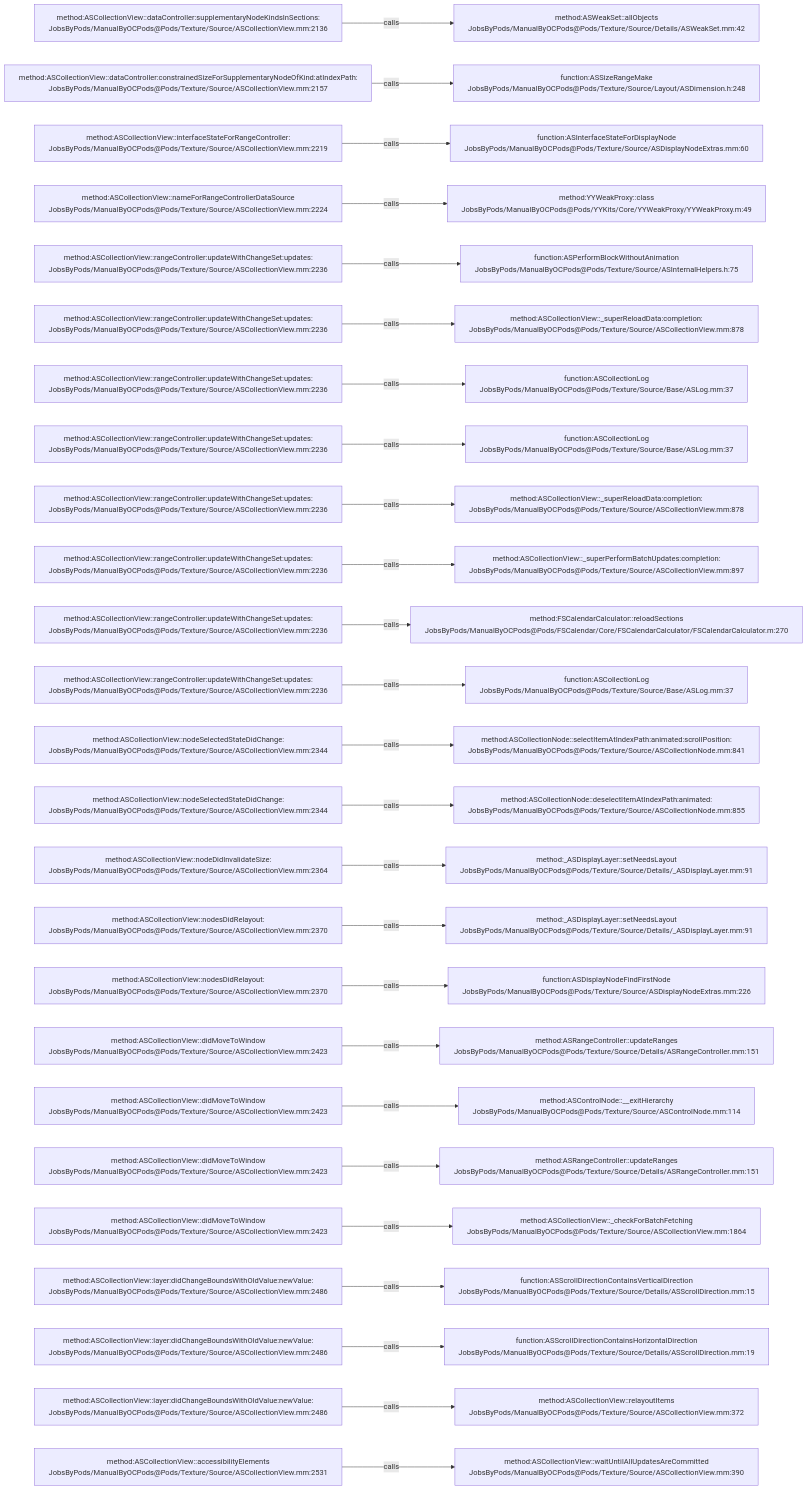
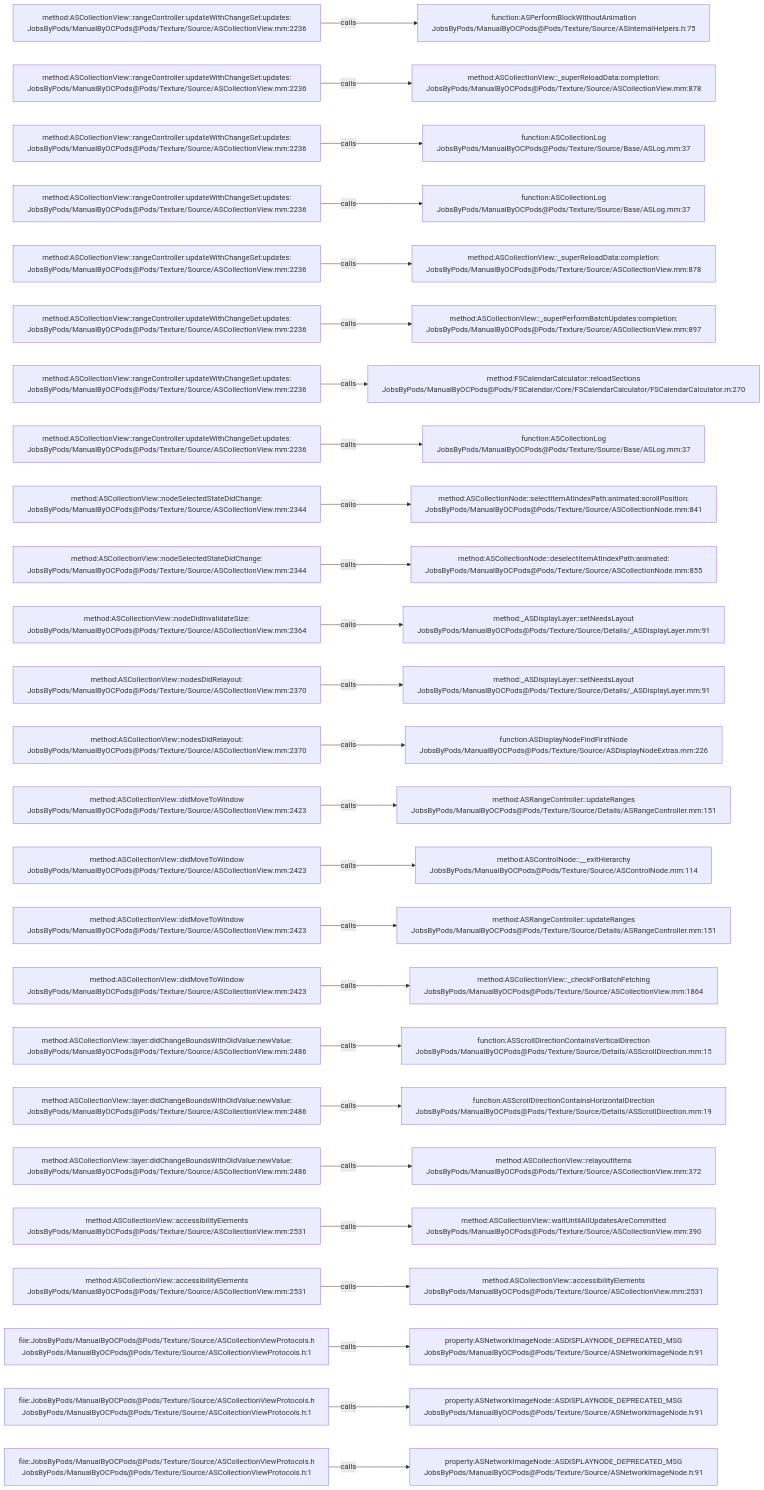
Before and after one commit to JobsKits/JobsOCBaseConfigDemo: the diagram in .codegraph/codegraph.md/graphs/calls-082.md, drawn with Mermaid. The commit also changed 727 other files, not shown here.

````diff
--- a/.codegraph/codegraph.md/graphs/calls-082.md
+++ b/.codegraph/codegraph.md/graphs/calls-082.md
@@ -13,78 +13,78 @@
 ```mermaid
 flowchart LR
-  S1["method:ASCollectionView::dataController:supplementaryNodeKindsInSections:<br/>JobsByPods/ManualByOCPods@Pods/Texture/Source/ASCollectionView.mm:2136"]
-  T1["method:ASWeakSet::allObjects<br/>JobsByPods/ManualByOCPods@Pods/Texture/Source/Details/ASWeakSet.mm:42"]
+  S1["method:ASCollectionView::rangeController:updateWithChangeSet:updates:<br/>JobsByPods/ManualByOCPods@Pods/Texture/Source/ASCollectionView.mm:2236"]
+  T1["function:ASPerformBlockWithoutAnimation<br/>JobsByPods/ManualByOCPods@Pods/Texture/Source/ASInternalHelpers.h:75"]
   S1 -->|calls| T1
-  S2["method:ASCollectionView::dataController:constrainedSizeForSupplementaryNodeOfKind:atIndexPath:<br/>JobsByPods/ManualByOCPods@Pods/Texture/Source/ASCollectionView.mm:2157"]
-  T2["function:ASSizeRangeMake<br/>JobsByPods/ManualByOCPods@Pods/Texture/Source/Layout/ASDimension.h:248"]
+  S2["method:ASCollectionView::rangeController:updateWithChangeSet:updates:<br/>JobsByPods/ManualByOCPods@Pods/Texture/Source/ASCollectionView.mm:2236"]
+  T2["method:ASCollectionView::_superReloadData:completion:<br/>JobsByPods/ManualByOCPods@Pods/Texture/Source/ASCollectionView.mm:878"]
   S2 -->|calls| T2
-  S3["method:ASCollectionView::interfaceStateForRangeController:<br/>JobsByPods/ManualByOCPods@Pods/Texture/Source/ASCollectionView.mm:2219"]
-  T3["function:ASInterfaceStateForDisplayNode<br/>JobsByPods/ManualByOCPods@Pods/Texture/Source/ASDisplayNodeExtras.mm:60"]
+  S3["method:ASCollectionView::rangeController:updateWithChangeSet:updates:<br/>JobsByPods/ManualByOCPods@Pods/Texture/Source/ASCollectionView.mm:2236"]
+  T3["function:ASCollectionLog<br/>JobsByPods/ManualByOCPods@Pods/Texture/Source/Base/ASLog.mm:37"]
   S3 -->|calls| T3
-  S4["method:ASCollectionView::nameForRangeControllerDataSource<br/>JobsByPods/ManualByOCPods@Pods/Texture/Source/ASCollectionView.mm:2224"]
-  T4["method:YYWeakProxy::class<br/>JobsByPods/ManualByOCPods@Pods/YYKits/Core/YYWeakProxy/YYWeakProxy.m:49"]
+  S4["method:ASCollectionView::rangeController:updateWithChangeSet:updates:<br/>JobsByPods/ManualByOCPods@Pods/Texture/Source/ASCollectionView.mm:2236"]
+  T4["function:ASCollectionLog<br/>JobsByPods/ManualByOCPods@Pods/Texture/Source/Base/ASLog.mm:37"]
   S4 -->|calls| T4
   S5["method:ASCollectionView::rangeController:updateWithChangeSet:updates:<br/>JobsByPods/ManualByOCPods@Pods/Texture/Source/ASCollectionView.mm:2236"]
-  T5["function:ASPerformBlockWithoutAnimation<br/>JobsByPods/ManualByOCPods@Pods/Texture/Source/ASInternalHelpers.h:75"]
+  T5["method:ASCollectionView::_superReloadData:completion:<br/>JobsByPods/ManualByOCPods@Pods/Texture/Source/ASCollectionView.mm:878"]
   S5 -->|calls| T5
   S6["method:ASCollectionView::rangeController:updateWithChangeSet:updates:<br/>JobsByPods/ManualByOCPods@Pods/Texture/Source/ASCollectionView.mm:2236"]
-  T6["method:ASCollectionView::_superReloadData:completion:<br/>JobsByPods/ManualByOCPods@Pods/Texture/Source/ASCollectionView.mm:878"]
+  T6["method:ASCollectionView::_superPerformBatchUpdates:completion:<br/>JobsByPods/ManualByOCPods@Pods/Texture/Source/ASCollectionView.mm:897"]
   S6 -->|calls| T6
   S7["method:ASCollectionView::rangeController:updateWithChangeSet:updates:<br/>JobsByPods/ManualByOCPods@Pods/Texture/Source/ASCollectionView.mm:2236"]
-  T7["function:ASCollectionLog<br/>JobsByPods/ManualByOCPods@Pods/Texture/Source/Base/ASLog.mm:37"]
+  T7["method:FSCalendarCalculator::reloadSections<br/>JobsByPods/ManualByOCPods@Pods/FSCalendar/Core/FSCalendarCalculator/FSCalendarCalculator.m:270"]
   S7 -->|calls| T7
   S8["method:ASCollectionView::rangeController:updateWithChangeSet:updates:<br/>JobsByPods/ManualByOCPods@Pods/Texture/Source/ASCollectionView.mm:2236"]
   T8["function:ASCollectionLog<br/>JobsByPods/ManualByOCPods@Pods/Texture/Source/Base/ASLog.mm:37"]
   S8 -->|calls| T8
-  S9["method:ASCollectionView::rangeController:updateWithChangeSet:updates:<br/>JobsByPods/ManualByOCPods@Pods/Texture/Source/ASCollectionView.mm:2236"]
-  T9["method:ASCollectionView::_superReloadData:completion:<br/>JobsByPods/ManualByOCPods@Pods/Texture/Source/ASCollectionView.mm:878"]
+  S9["method:ASCollectionView::nodeSelectedStateDidChange:<br/>JobsByPods/ManualByOCPods@Pods/Texture/Source/ASCollectionView.mm:2344"]
+  T9["method:ASCollectionNode::selectItemAtIndexPath:animated:scrollPosition:<br/>JobsByPods/ManualByOCPods@Pods/Texture/Source/ASCollectionNode.mm:841"]
   S9 -->|calls| T9
-  S10["method:ASCollectionView::rangeController:updateWithChangeSet:updates:<br/>JobsByPods/ManualByOCPods@Pods/Texture/Source/ASCollectionView.mm:2236"]
-  T10["method:ASCollectionView::_superPerformBatchUpdates:completion:<br/>JobsByPods/ManualByOCPods@Pods/Texture/Source/ASCollectionView.mm:897"]
+  S10["method:ASCollectionView::nodeSelectedStateDidChange:<br/>JobsByPods/ManualByOCPods@Pods/Texture/Source/ASCollectionView.mm:2344"]
+  T10["method:ASCollectionNode::deselectItemAtIndexPath:animated:<br/>JobsByPods/ManualByOCPods@Pods/Texture/Source/ASCollectionNode.mm:855"]
   S10 -->|calls| T10
-  S11["method:ASCollectionView::rangeController:updateWithChangeSet:updates:<br/>JobsByPods/ManualByOCPods@Pods/Texture/Source/ASCollectionView.mm:2236"]
-  T11["method:FSCalendarCalculator::reloadSections<br/>JobsByPods/ManualByOCPods@Pods/FSCalendar/Core/FSCalendarCalculator/FSCalendarCalculator.m:270"]
+  S11["method:ASCollectionView::nodeDidInvalidateSize:<br/>JobsByPods/ManualByOCPods@Pods/Texture/Source/ASCollectionView.mm:2364"]
+  T11["method:_ASDisplayLayer::setNeedsLayout<br/>JobsByPods/ManualByOCPods@Pods/Texture/Source/Details/_ASDisplayLayer.mm:91"]
   S11 -->|calls| T11
-  S12["method:ASCollectionView::rangeController:updateWithChangeSet:updates:<br/>JobsByPods/ManualByOCPods@Pods/Texture/Source/ASCollectionView.mm:2236"]
-  T12["function:ASCollectionLog<br/>JobsByPods/ManualByOCPods@Pods/Texture/Source/Base/ASLog.mm:37"]
+  S12["method:ASCollectionView::nodesDidRelayout:<br/>JobsByPods/ManualByOCPods@Pods/Texture/Source/ASCollectionView.mm:2370"]
+  T12["method:_ASDisplayLayer::setNeedsLayout<br/>JobsByPods/ManualByOCPods@Pods/Texture/Source/Details/_ASDisplayLayer.mm:91"]
   S12 -->|calls| T12
-  S13["method:ASCollectionView::nodeSelectedStateDidChange:<br/>JobsByPods/ManualByOCPods@Pods/Texture/Source/ASCollectionView.mm:2344"]
-  T13["method:ASCollectionNode::selectItemAtIndexPath:animated:scrollPosition:<br/>JobsByPods/ManualByOCPods@Pods/Texture/Source/ASCollectionNode.mm:841"]
+  S13["method:ASCollectionView::nodesDidRelayout:<br/>JobsByPods/ManualByOCPods@Pods/Texture/Source/ASCollectionView.mm:2370"]
+  T13["function:ASDisplayNodeFindFirstNode<br/>JobsByPods/ManualByOCPods@Pods/Texture/Source/ASDisplayNodeExtras.mm:226"]
   S13 -->|calls| T13
-  S14["method:ASCollectionView::nodeSelectedStateDidChange:<br/>JobsByPods/ManualByOCPods@Pods/Texture/Source/ASCollectionView.mm:2344"]
-  T14["method:ASCollectionNode::deselectItemAtIndexPath:animated:<br/>JobsByPods/ManualByOCPods@Pods/Texture/Source/ASCollectionNode.mm:855"]
+  S14["method:ASCollectionView::didMoveToWindow<br/>JobsByPods/ManualByOCPods@Pods/Texture/Source/ASCollectionView.mm:2423"]
+  T14["method:ASRangeController::updateRanges<br/>JobsByPods/ManualByOCPods@Pods/Texture/Source/Details/ASRangeController.mm:151"]
   S14 -->|calls| T14
-  S15["method:ASCollectionView::nodeDidInvalidateSize:<br/>JobsByPods/ManualByOCPods@Pods/Texture/Source/ASCollectionView.mm:2364"]
-  T15["method:_ASDisplayLayer::setNeedsLayout<br/>JobsByPods/ManualByOCPods@Pods/Texture/Source/Details/_ASDisplayLayer.mm:91"]
+  S15["method:ASCollectionView::didMoveToWindow<br/>JobsByPods/ManualByOCPods@Pods/Texture/Source/ASCollectionView.mm:2423"]
+  T15["method:ASControlNode::__exitHierarchy<br/>JobsByPods/ManualByOCPods@Pods/Texture/Source/ASControlNode.mm:114"]
   S15 -->|calls| T15
-  S16["method:ASCollectionView::nodesDidRelayout:<br/>JobsByPods/ManualByOCPods@Pods/Texture/Source/ASCollectionView.mm:2370"]
-  T16["method:_ASDisplayLayer::setNeedsLayout<br/>JobsByPods/ManualByOCPods@Pods/Texture/Source/Details/_ASDisplayLayer.mm:91"]
+  S16["method:ASCollectionView::didMoveToWindow<br/>JobsByPods/ManualByOCPods@Pods/Texture/Source/ASCollectionView.mm:2423"]
+  T16["method:ASRangeController::updateRanges<br/>JobsByPods/ManualByOCPods@Pods/Texture/Source/Details/ASRangeController.mm:151"]
   S16 -->|calls| T16
-  S17["method:ASCollectionView::nodesDidRelayout:<br/>JobsByPods/ManualByOCPods@Pods/Texture/Source/ASCollectionView.mm:2370"]
-  T17["function:ASDisplayNodeFindFirstNode<br/>JobsByPods/ManualByOCPods@Pods/Texture/Source/ASDisplayNodeExtras.mm:226"]
+  S17["method:ASCollectionView::didMoveToWindow<br/>JobsByPods/ManualByOCPods@Pods/Texture/Source/ASCollectionView.mm:2423"]
+  T17["method:ASCollectionView::_checkForBatchFetching<br/>JobsByPods/ManualByOCPods@Pods/Texture/Source/ASCollectionView.mm:1864"]
   S17 -->|calls| T17
-  S18["method:ASCollectionView::didMoveToWindow<br/>JobsByPods/ManualByOCPods@Pods/Texture/Source/ASCollectionView.mm:2423"]
-  T18["method:ASRangeController::updateRanges<br/>JobsByPods/ManualByOCPods@Pods/Texture/Source/Details/ASRangeController.mm:151"]
+  S18["method:ASCollectionView::layer:didChangeBoundsWithOldValue:newValue:<br/>JobsByPods/ManualByOCPods@Pods/Texture/Source/ASCollectionView.mm:2486"]
+  T18["function:ASScrollDirectionContainsVerticalDirection<br/>JobsByPods/ManualByOCPods@Pods/Texture/Source/Details/ASScrollDirection.mm:15"]
   S18 -->|calls| T18
-  S19["method:ASCollectionView::didMoveToWindow<br/>JobsByPods/ManualByOCPods@Pods/Texture/Source/ASCollectionView.mm:2423"]
-  T19["method:ASControlNode::__exitHierarchy<br/>JobsByPods/ManualByOCPods@Pods/Texture/Source/ASControlNode.mm:114"]
+  S19["method:ASCollectionView::layer:didChangeBoundsWithOldValue:newValue:<br/>JobsByPods/ManualByOCPods@Pods/Texture/Source/ASCollectionView.mm:2486"]
+  T19["function:ASScrollDirectionContainsHorizontalDirection<br/>JobsByPods/ManualByOCPods@Pods/Texture/Source/Details/ASScrollDirection.mm:19"]
   S19 -->|calls| T19
-  S20["method:ASCollectionView::didMoveToWindow<br/>JobsByPods/ManualByOCPods@Pods/Texture/Source/ASCollectionView.mm:2423"]
-  T20["method:ASRangeController::updateRanges<br/>JobsByPods/ManualByOCPods@Pods/Texture/Source/Details/ASRangeController.mm:151"]
+  S20["method:ASCollectionView::layer:didChangeBoundsWithOldValue:newValue:<br/>JobsByPods/ManualByOCPods@Pods/Texture/Source/ASCollectionView.mm:2486"]
+  T20["method:ASCollectionView::relayoutItems<br/>JobsByPods/ManualByOCPods@Pods/Texture/Source/ASCollectionView.mm:372"]
   S20 -->|calls| T20
-  S21["method:ASCollectionView::didMoveToWindow<br/>JobsByPods/ManualByOCPods@Pods/Texture/Source/ASCollectionView.mm:2423"]
-  T21["method:ASCollectionView::_checkForBatchFetching<br/>JobsByPods/ManualByOCPods@Pods/Texture/Source/ASCollectionView.mm:1864"]
+  S21["method:ASCollectionView::accessibilityElements<br/>JobsByPods/ManualByOCPods@Pods/Texture/Source/ASCollectionView.mm:2531"]
+  T21["method:ASCollectionView::waitUntilAllUpdatesAreCommitted<br/>JobsByPods/ManualByOCPods@Pods/Texture/Source/ASCollectionView.mm:390"]
   S21 -->|calls| T21
-  S22["method:ASCollectionView::layer:didChangeBoundsWithOldValue:newValue:<br/>JobsByPods/ManualByOCPods@Pods/Texture/Source/ASCollectionView.mm:2486"]
-  T22["function:ASScrollDirectionContainsVerticalDirection<br/>JobsByPods/ManualByOCPods@Pods/Texture/Source/Details/ASScrollDirection.mm:15"]
+  S22["method:ASCollectionView::accessibilityElements<br/>JobsByPods/ManualByOCPods@Pods/Texture/Source/ASCollectionView.mm:2531"]
+  T22["method:ASCollectionView::accessibilityElements<br/>JobsByPods/ManualByOCPods@Pods/Texture/Source/ASCollectionView.mm:2531"]
   S22 -->|calls| T22
-  S23["method:ASCollectionView::layer:didChangeBoundsWithOldValue:newValue:<br/>JobsByPods/ManualByOCPods@Pods/Texture/Source/ASCollectionView.mm:2486"]
-  T23["function:ASScrollDirectionContainsHorizontalDirection<br/>JobsByPods/ManualByOCPods@Pods/Texture/Source/Details/ASScrollDirection.mm:19"]
+  S23["file:JobsByPods/ManualByOCPods@Pods/Texture/Source/ASCollectionViewProtocols.h<br/>JobsByPods/ManualByOCPods@Pods/Texture/Source/ASCollectionViewProtocols.h:1"]
+  T23["property:ASNetworkImageNode::ASDISPLAYNODE_DEPRECATED_MSG<br/>JobsByPods/ManualByOCPods@Pods/Texture/Source/ASNetworkImageNode.h:91"]
   S23 -->|calls| T23
-  S24["method:ASCollectionView::layer:didChangeBoundsWithOldValue:newValue:<br/>JobsByPods/ManualByOCPods@Pods/Texture/Source/ASCollectionView.mm:2486"]
-  T24["method:ASCollectionView::relayoutItems<br/>JobsByPods/ManualByOCPods@Pods/Texture/Source/ASCollectionView.mm:372"]
+  S24["file:JobsByPods/ManualByOCPods@Pods/Texture/Source/ASCollectionViewProtocols.h<br/>JobsByPods/ManualByOCPods@Pods/Texture/Source/ASCollectionViewProtocols.h:1"]
+  T24["property:ASNetworkImageNode::ASDISPLAYNODE_DEPRECATED_MSG<br/>JobsByPods/ManualByOCPods@Pods/Texture/Source/ASNetworkImageNode.h:91"]
   S24 -->|calls| T24
-  S25["method:ASCollectionView::accessibilityElements<br/>JobsByPods/ManualByOCPods@Pods/Texture/Source/ASCollectionView.mm:2531"]
-  T25["method:ASCollectionView::waitUntilAllUpdatesAreCommitted<br/>JobsByPods/ManualByOCPods@Pods/Texture/Source/ASCollectionView.mm:390"]
+  S25["file:JobsByPods/ManualByOCPods@Pods/Texture/Source/ASCollectionViewProtocols.h<br/>JobsByPods/ManualByOCPods@Pods/Texture/Source/ASCollectionViewProtocols.h:1"]
+  T25["property:ASNetworkImageNode::ASDISPLAYNODE_DEPRECATED_MSG<br/>JobsByPods/ManualByOCPods@Pods/Texture/Source/ASNetworkImageNode.h:91"]
   S25 -->|calls| T25
 ```
````
